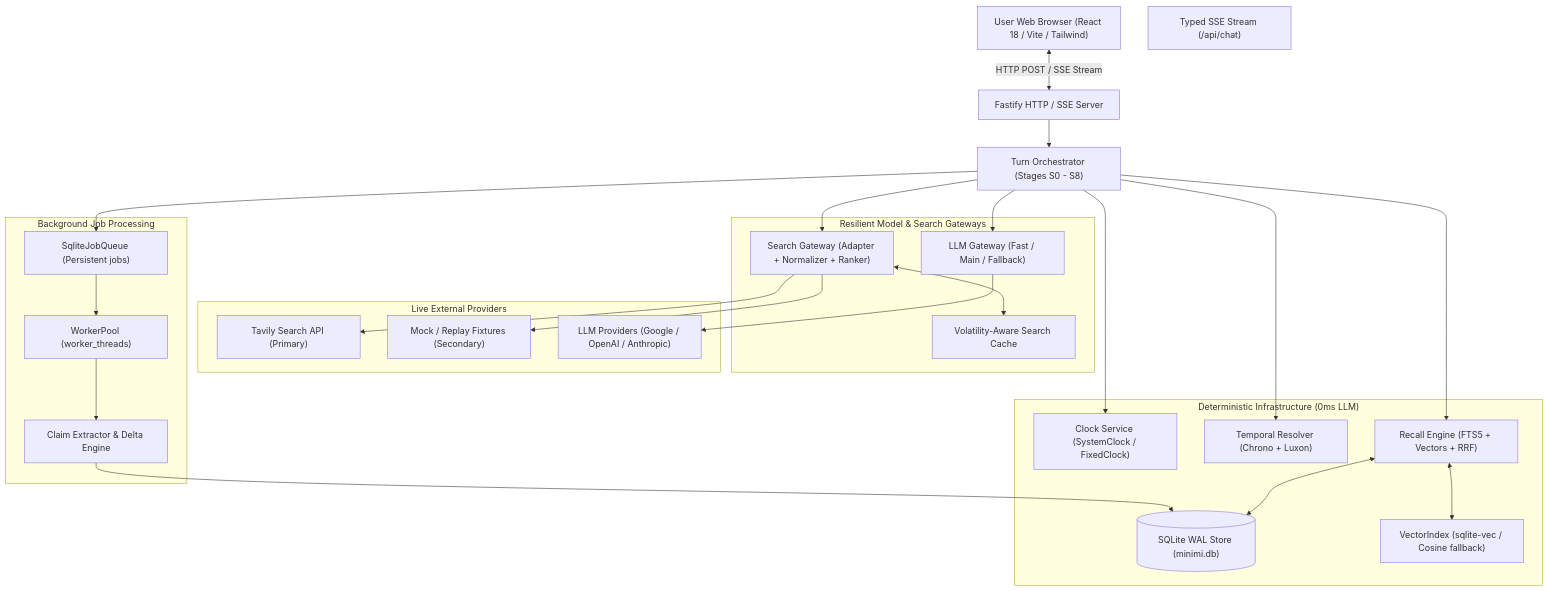
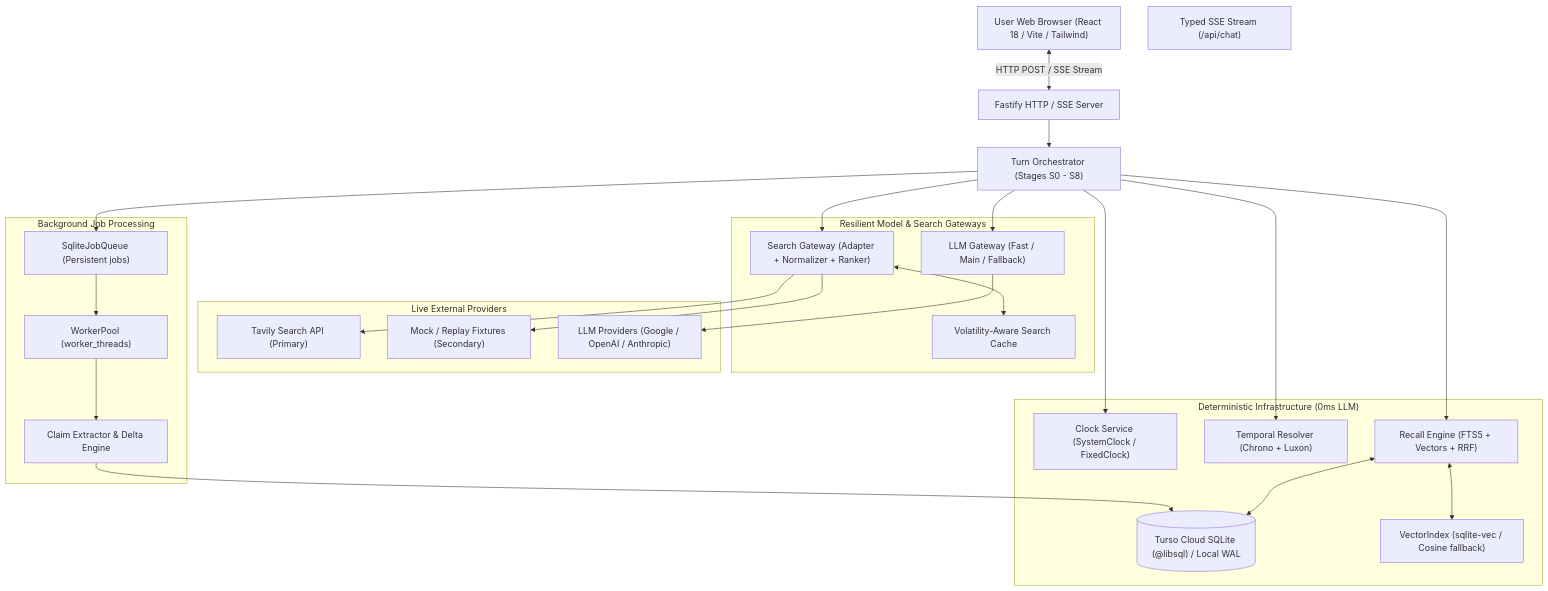
The first of 5 diagrams in README.md (SrishantKumar/Minimi-Search), drawn with Mermaid before and after one commit. The commit also changed other lines of this file and 1 other file, not shown here.

Commit message:
docs: update README and DESIGN with deployed link and Cloud SQLite architecture

````diff
--- a/README.md
+++ b/README.md
@@ -35,51 +40,51 @@
 ```mermaid
 flowchart TD
     User["User Web Browser (React 18 / Vite / Tailwind)"]
     SSE["Typed SSE Stream (/api/chat)"]
     Fastify["Fastify HTTP / SSE Server"]
     Orch["Turn Orchestrator (Stages S0 - S8)"]
     
     subgraph Deterministic_Infra ["Deterministic Infrastructure (0ms LLM)"]
         Clock["Clock Service (SystemClock / FixedClock)"]
         Resolver["Temporal Resolver (Chrono + Luxon)"]
         RecallEngine["Recall Engine (FTS5 + Vectors + RRF)"]
-        SQLite[("SQLite WAL Store (minimi.db)")]
+        SQLite[("Turso Cloud SQLite (@libsql) / Local WAL")]
         VectorIndex["VectorIndex (sqlite-vec / Cosine fallback)"]
     end
 
     subgraph Gateways ["Resilient Model & Search Gateways"]
         LLMGateway["LLM Gateway (Fast / Main / Fallback)"]
         SearchGateway["Search Gateway (Adapter + Normalizer + Ranker)"]
         Cache["Volatility-Aware Search Cache"]
     end
 
     subgraph External_APIs ["Live External Providers"]
         Tavily["Tavily Search API (Primary)"]
         MockSearch["Mock / Replay Fixtures (Secondary)"]
         ModelProvider["LLM Providers (Google / OpenAI / Anthropic)"]
     end
 
     subgraph Async_Workers ["Background Job Processing"]
         Queue["SqliteJobQueue (Persistent jobs)"]
         WorkerPool["WorkerPool (worker_threads)"]
         ClaimExtractor["Claim Extractor & Delta Engine"]
     end
 
     User <-->|HTTP POST / SSE Stream| Fastify
     Fastify --> Orch
     Orch --> Clock
     Orch --> Resolver
     Orch --> RecallEngine
     RecallEngine <--> SQLite
     RecallEngine <--> VectorIndex
     Orch --> SearchGateway
     SearchGateway <--> Cache
     SearchGateway --> Tavily
     SearchGateway --> MockSearch
     Orch --> LLMGateway
     LLMGateway --> ModelProvider
     Orch --> Queue
     Queue --> WorkerPool
     WorkerPool --> ClaimExtractor
     ClaimExtractor --> SQLite
 ```
````
